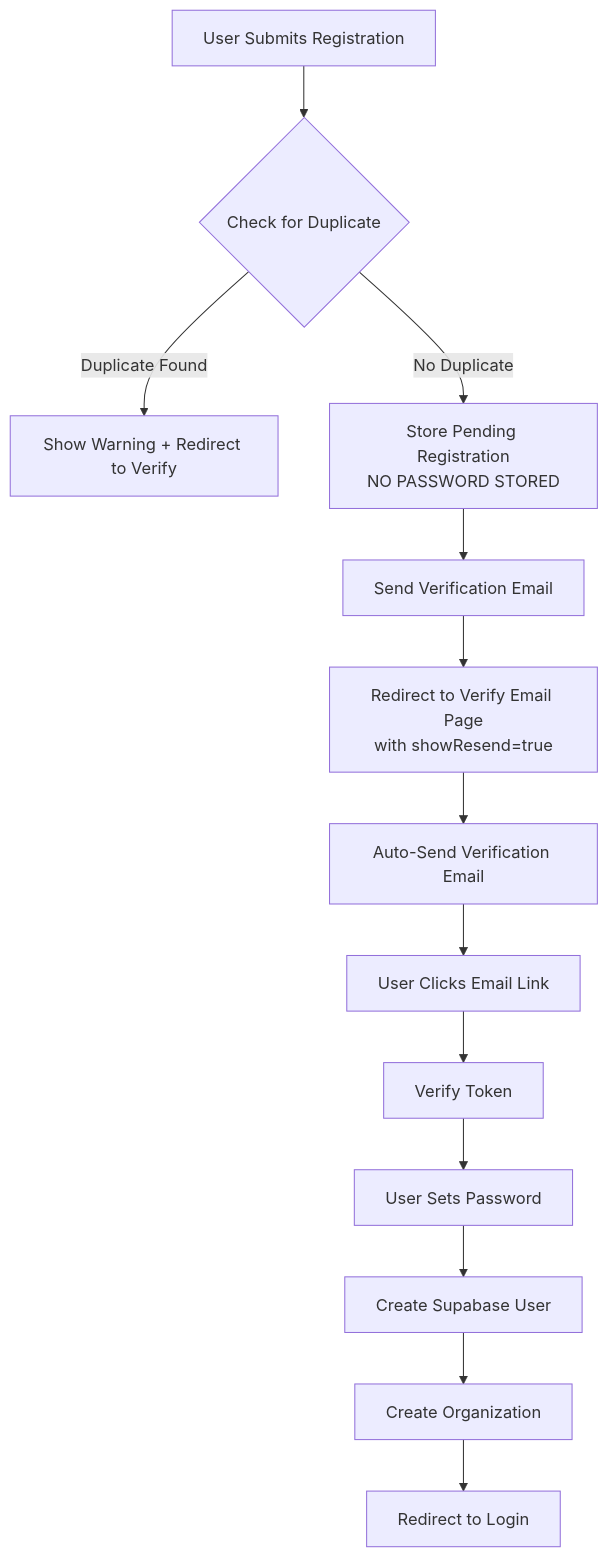
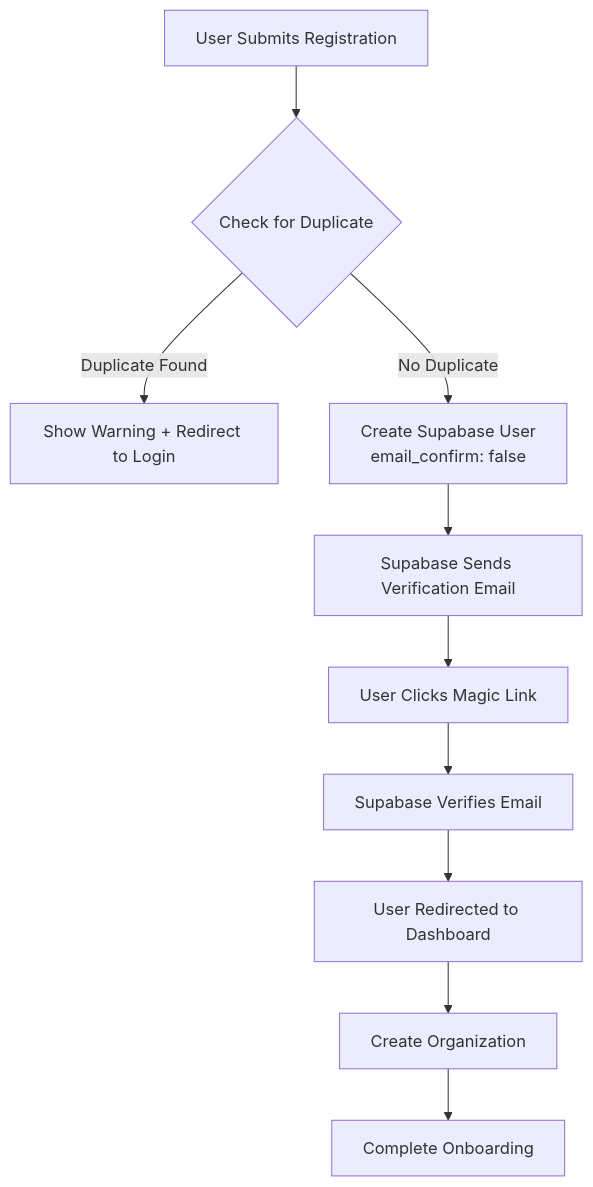
The first of 4 diagrams in docs/auth/authentication.md (Maxapp-ZRH/PayMatch), drawn with Mermaid before and after one commit. The commit also changed other lines of this file and 78 other files, not shown here.

````diff
--- a/docs/auth/authentication.md
+++ b/docs/auth/authentication.md
@@ -109,15 +109,12 @@
 ```mermaid
 graph TD
     A[User Submits Registration] --> B{Check for Duplicate}
-    B -->|Duplicate Found| C[Show Warning + Redirect to Verify]
-    B -->|No Duplicate| D[Store Pending Registration<br/>NO PASSWORD STORED]
-    D --> E[Send Verification Email]
-    E --> F[Redirect to Verify Email Page<br/>with showResend=true]
-    F --> G[Auto-Send Verification Email]
-    G --> H[User Clicks Email Link]
-    H --> I[Verify Token]
-    I --> J[User Sets Password]
-    J --> K[Create Supabase User]
-    K --> L[Create Organization]
-    L --> M[Redirect to Login]
+    B -->|Duplicate Found| C[Show Warning + Redirect to Login]
+    B -->|No Duplicate| D[Create Supabase User<br/>email_confirm: false]
+    D --> E[Supabase Sends Verification Email]
+    E --> F[User Clicks Magic Link]
+    F --> G[Supabase Verifies Email]
+    G --> H[User Redirected to Dashboard]
+    H --> I[Create Organization]
+    I --> J[Complete Onboarding]
 ```
````
